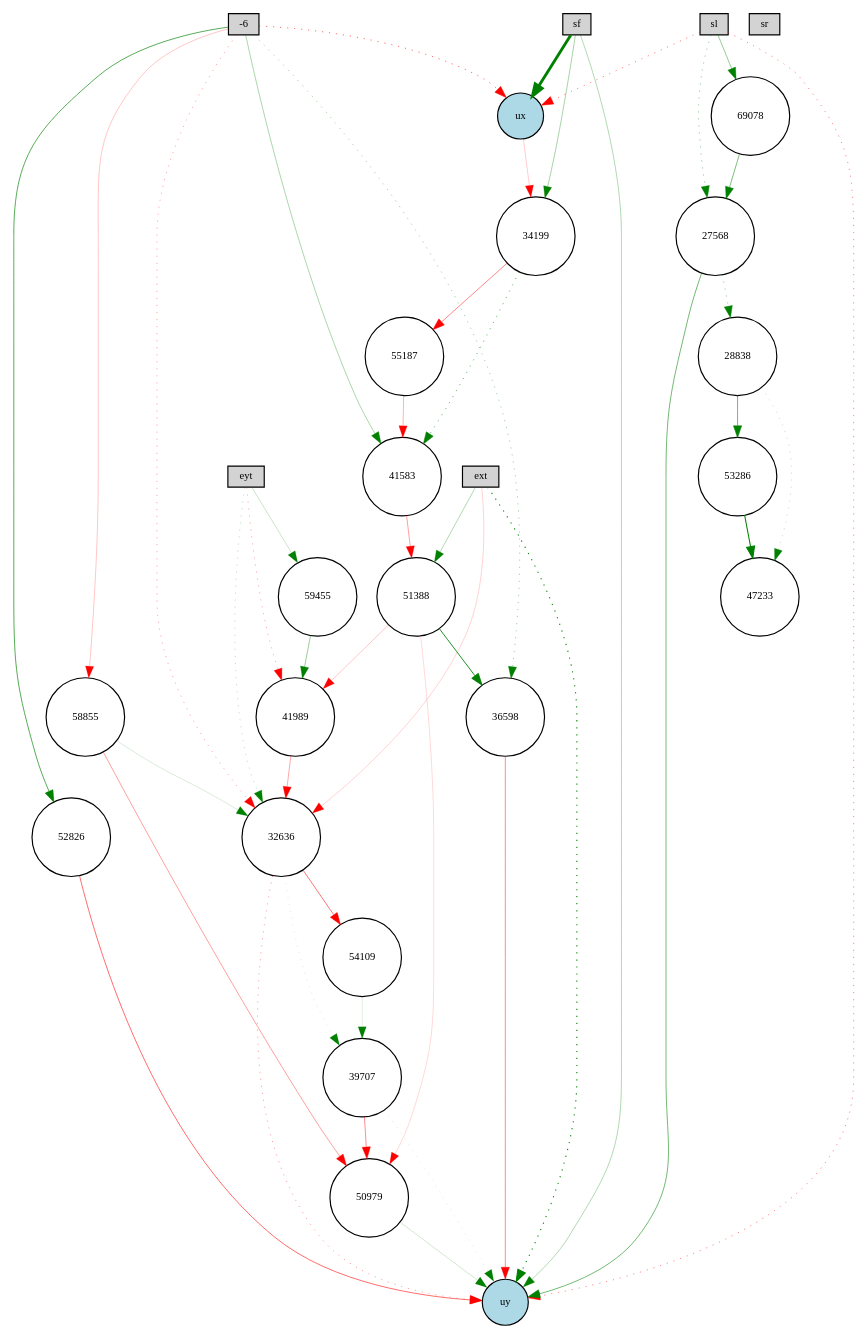
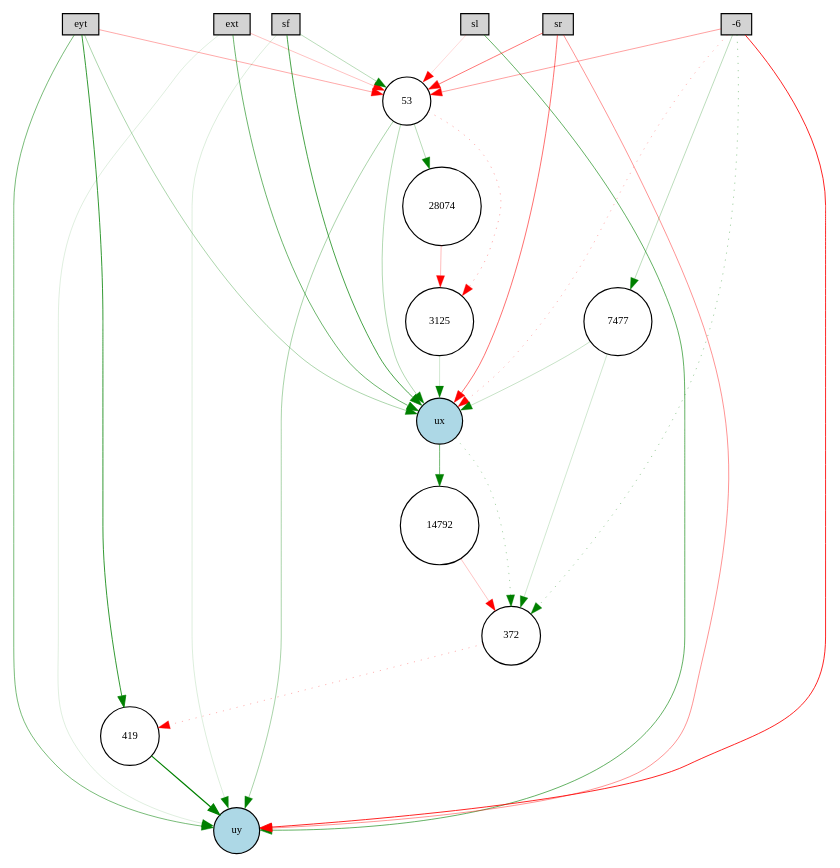
The diagram in pictures_ff/Digraph.gv (KaiL4eK/autopilot_simulator), drawn with Graphviz before and after one commit. The commit also changed 12 other files, not shown here.

```diff
--- a/pictures_ff/Digraph.gv
+++ b/pictures_ff/Digraph.gv
@@ -1,75 +1,51 @@
 digraph {
 	node [fontsize=9 height=0.2 shape=circle width=0.2]
 	ext [fillcolor=lightgray shape=box style=filled]
 	eyt [fillcolor=lightgray shape=box style=filled]
 	sf [fillcolor=lightgray shape=box style=filled]
 	sl [fillcolor=lightgray shape=box style=filled]
 	sr [fillcolor=lightgray shape=box style=filled]
 	-6 [fillcolor=lightgray shape=box style=filled]
 	ux [fillcolor=lightblue style=filled]
 	uy [fillcolor=lightblue style=filled]
-	47233 [fillcolor=white style=filled]
-	50979 [fillcolor=white style=filled]
-	34199 [fillcolor=white style=filled]
-	41989 [fillcolor=white style=filled]
-	28838 [fillcolor=white style=filled]
-	58855 [fillcolor=white style=filled]
-	53286 [fillcolor=white style=filled]
-	32636 [fillcolor=white style=filled]
-	41583 [fillcolor=white style=filled]
-	27568 [fillcolor=white style=filled]
-	55187 [fillcolor=white style=filled]
-	36598 [fillcolor=white style=filled]
-	69078 [fillcolor=white style=filled]
-	52826 [fillcolor=white style=filled]
-	39707 [fillcolor=white style=filled]
-	51388 [fillcolor=white style=filled]
-	54109 [fillcolor=white style=filled]
-	59455 [fillcolor=white style=filled]
-	58855 -> 50979 [color=red penwidth=0.3197992059290341 style=solid]
-	32636 -> 39707 [color=green penwidth=0.12002822577559605 style=dotted]
-	28838 -> 47233 [color=green penwidth=0.18661898431724694 style=dotted]
-	50979 -> uy [color=green penwidth=0.16356134734893524 style=solid]
-	51388 -> 36598 [color=green penwidth=0.7311180408065695 style=solid]
-	51388 -> 50979 [color=red penwidth=0.12966441104064824 style=solid]
-	27568 -> uy [color=green penwidth=0.4738056082238091 style=solid]
-	eyt -> 59455 [color=green penwidth=0.1813563525010668 style=solid]
-	34199 -> 41583 [color=green penwidth=0.4806977800911022 style=dotted]
-	eyt -> 41989 [color=red penwidth=0.28846677007493904 style=dotted]
-	55187 -> 41583 [color=red penwidth=0.25525467490369896 style=solid]
-	ext -> uy [color=green penwidth=0.9159587343113283 style=dotted]
-	52826 -> uy [color=red penwidth=0.48845150205474264 style=solid]
-	ext -> 32636 [color=red penwidth=0.14829657359888115 style=solid]
-	32636 -> 54109 [color=red penwidth=0.4592267741291708 style=solid]
-	-6 -> ux [color=red penwidth=0.501872739725917 style=dotted]
-	-6 -> 36598 [color=green penwidth=0.31800576359715327 style=dotted]
-	sl -> 69078 [color=green penwidth=0.3506119125583561 style=solid]
-	ext -> 51388 [color=green penwidth=0.2646889196624916 style=solid]
-	sl -> uy [color=red penwidth=0.4017727707216967 style=dotted]
-	53286 -> 47233 [color=green penwidth=0.8732212364344881 style=solid]
-	51388 -> 41989 [color=red penwidth=0.18954820988251783 style=solid]
-	27568 -> 28838 [color=green penwidth=0.33504461972839344 style=dotted]
-	39707 -> uy [color=green penwidth=0.12438310291813422 style=dotted]
-	28838 -> 53286 [color=green penwidth=0.4695582267483045 style=solid]
-	59455 -> 41989 [color=green penwidth=0.3308374196471695 style=solid]
-	-6 -> 32636 [color=red penwidth=0.3000575419811806 style=dotted]
-	69078 -> 27568 [color=green penwidth=0.43282678750502823 style=solid]
-	sf -> uy [color=green penwidth=0.2641604238113642 style=solid]
-	58855 -> 32636 [color=green penwidth=0.13494271757035065 style=solid]
-	sl -> ux [color=red penwidth=0.4289148173340971 style=dotted]
-	36598 -> uy [color=red penwidth=0.391096112645817 style=solid]
-	39707 -> 50979 [color=red penwidth=0.38153389197312415 style=solid]
-	ux -> 34199 [color=red penwidth=0.1737422817303128 style=solid]
-	54109 -> 39707 [color=green penwidth=0.10259081872767657 style=solid]
-	-6 -> 41583 [color=green penwidth=0.2753427871876718 style=solid]
-	34199 -> 55187 [color=red penwidth=0.3956866217682595 style=solid]
-	-6 -> 52826 [color=green penwidth=0.5560652742968548 style=solid]
-	sl -> 27568 [color=green penwidth=0.3569486723311106 style=dotted]
-	sf -> ux [color=green penwidth=2.4512792366887424 style=solid]
-	41583 -> 51388 [color=red penwidth=0.321253876840139 style=solid]
-	eyt -> 32636 [color=green penwidth=0.21652529951451685 style=dotted]
-	sf -> 34199 [color=green penwidth=0.28924775844275424 style=solid]
-	32636 -> uy [color=red penwidth=0.3211695929060355 style=dotted]
-	-6 -> 58855 [color=red penwidth=0.19477765916394213 style=solid]
-	41989 -> 32636 [color=red penwidth=0.2945948739271326 style=solid]
+	419 [fillcolor=white style=filled]
+	14792 [fillcolor=white style=filled]
+	28074 [fillcolor=white style=filled]
+	372 [fillcolor=white style=filled]
+	53 [fillcolor=white style=filled]
+	7477 [fillcolor=white style=filled]
+	3125 [fillcolor=white style=filled]
+	sr -> ux [color=red penwidth=0.4799611385789857 style=solid]
+	-6 -> 53 [color=red penwidth=0.3191066800263964 style=solid]
+	ext -> ux [color=green penwidth=0.48655204458383383 style=solid]
+	-6 -> uy [color=red penwidth=0.733902456991815 style=solid]
+	sr -> 53 [color=red penwidth=0.4581617398087652 style=solid]
+	eyt -> 419 [color=green penwidth=0.679712308237592 style=solid]
+	53 -> uy [color=green penwidth=0.29126013908484083 style=solid]
+	419 -> uy [color=green penwidth=1.021372095577354 style=solid]
+	-6 -> 7477 [color=green penwidth=0.23340970727600388 style=solid]
+	sf -> 53 [color=green penwidth=0.24013373470445865 style=solid]
+	eyt -> 53 [color=red penwidth=0.2890351789792227 style=solid]
+	28074 -> 3125 [color=red penwidth=0.23372758464243623 style=solid]
+	372 -> 419 [color=red penwidth=0.25855693336464536 style=dotted]
+	7477 -> ux [color=green penwidth=0.19006015067074206 style=solid]
+	ux -> 14792 [color=green penwidth=0.45529068415793006 style=solid]
+	eyt -> ux [color=green penwidth=0.27567453321536045 style=solid]
+	3125 -> ux [color=green penwidth=0.16488904181771472 style=solid]
+	eyt -> uy [color=green penwidth=0.44847394872775537 style=solid]
+	sr -> uy [color=red penwidth=0.35724753983080093 style=solid]
+	ext -> 53 [color=red penwidth=0.21007414531413182 style=solid]
+	53 -> ux [color=green penwidth=0.2565686999916288 style=solid]
+	sf -> uy [color=green penwidth=0.11720119833767739 style=solid]
+	-6 -> ux [color=red penwidth=0.263643448628428 style=dotted]
+	14792 -> 372 [color=red penwidth=0.20037460806636453 style=solid]
+	ux -> 372 [color=green penwidth=0.28519669559448424 style=dotted]
+	sf -> ux [color=green penwidth=0.6128812850884819 style=solid]
+	sl -> 53 [color=red penwidth=0.12750428390350776 style=solid]
+	-6 -> 372 [color=green penwidth=0.3240338281724534 style=dotted]
+	sl -> uy [color=green penwidth=0.5187529313263568 style=solid]
+	ext -> uy [color=green penwidth=0.11469872620011064 style=solid]
+	53 -> 28074 [color=green penwidth=0.2432851167447366 style=solid]
+	7477 -> 372 [color=green penwidth=0.1576743361662086 style=solid]
+	53 -> 3125 [color=red penwidth=0.294048583306304 style=dotted]
 }
```
